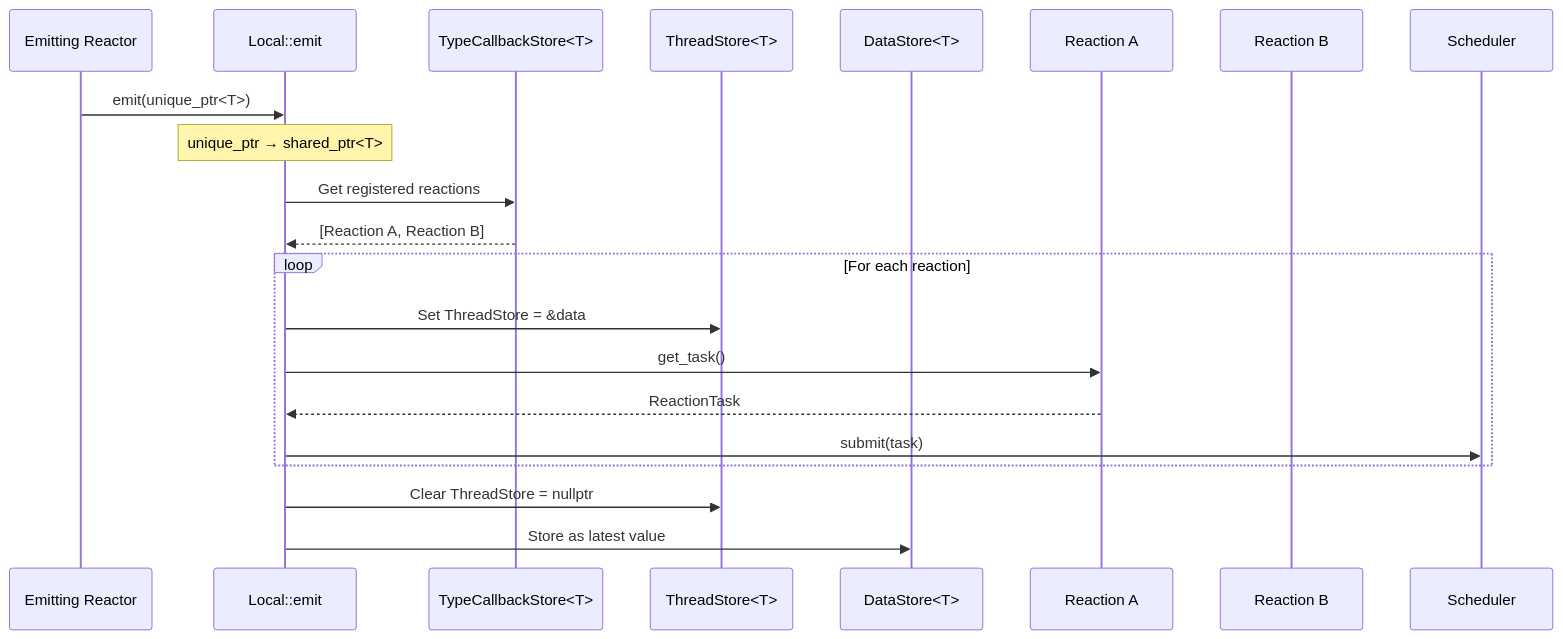
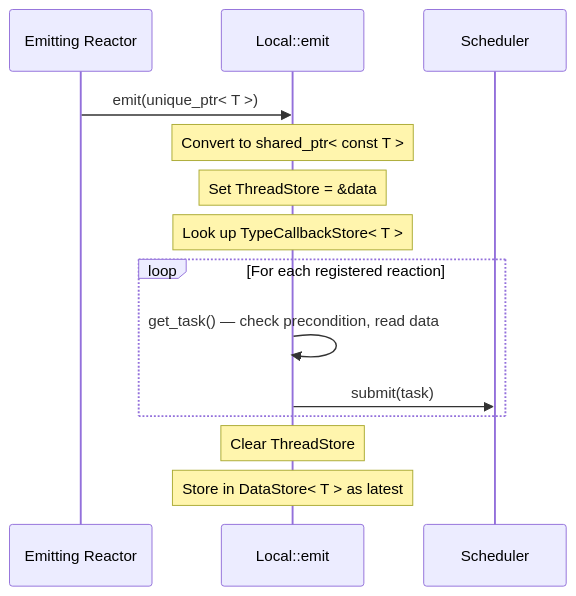
Before and after one commit to Fastcode/NUClear: the first of 5 diagrams in docs2/explanation/message-flow.md, drawn with Mermaid. The commit also changed 17 other files, not shown here.

````diff
--- a/docs2/explanation/message-flow.md
+++ b/docs2/explanation/message-flow.md
@@ -15,26 +15,17 @@
 ```mermaid
 sequenceDiagram
-    participant User as Emitting Reactor
-    participant Local as Local::emit
-    participant TCS as TypeCallbackStore<T>
-    participant TS as ThreadStore<T>
-    participant DS as DataStore<T>
-    participant R1 as Reaction A
-    participant R2 as Reaction B
+    participant Emitter as Emitting Reactor
+    participant Emit as Local::emit
     participant Sched as Scheduler
 
-    User->>Local: emit(unique_ptr<T>)
-    Note over Local: unique_ptr → shared_ptr<T>
-    Local->>TCS: Get registered reactions
-    TCS-->>Local: [Reaction A, Reaction B]
-
-    loop For each reaction
-        Local->>TS: Set ThreadStore = &data
-        Local->>R1: get_task()
-        R1-->>Local: ReactionTask
-        Local->>Sched: submit(task)
+    Emitter->>Emit: emit(unique_ptr< T >)
+    Note over Emit: Convert to shared_ptr< const T >
+    Note over Emit: Set ThreadStore = &data
+    Note over Emit: Look up TypeCallbackStore< T >
+    loop For each registered reaction
+        Emit->>Emit: get_task() — check precondition, read data
+        Emit->>Sched: submit(task)
     end
-
-    Local->>TS: Clear ThreadStore = nullptr
-    Local->>DS: Store as latest value
+    Note over Emit: Clear ThreadStore
+    Note over Emit: Store in DataStore< T > as latest
 ```
````
